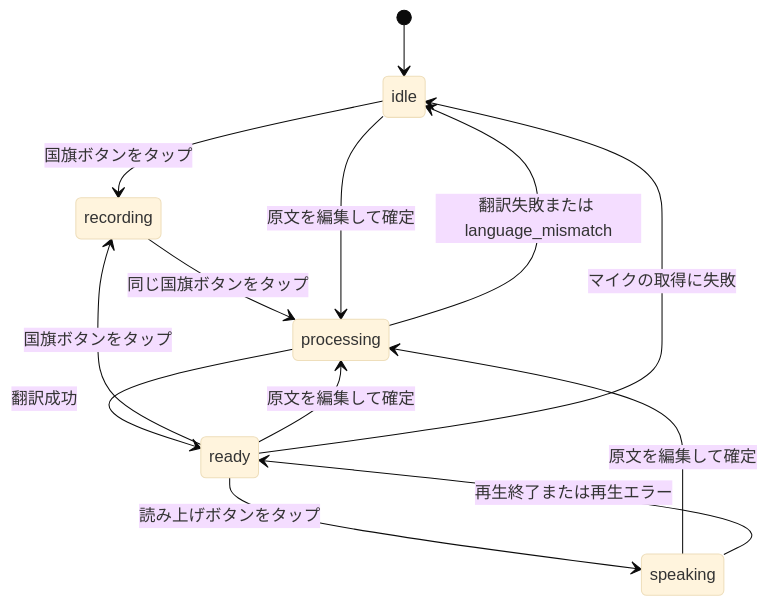
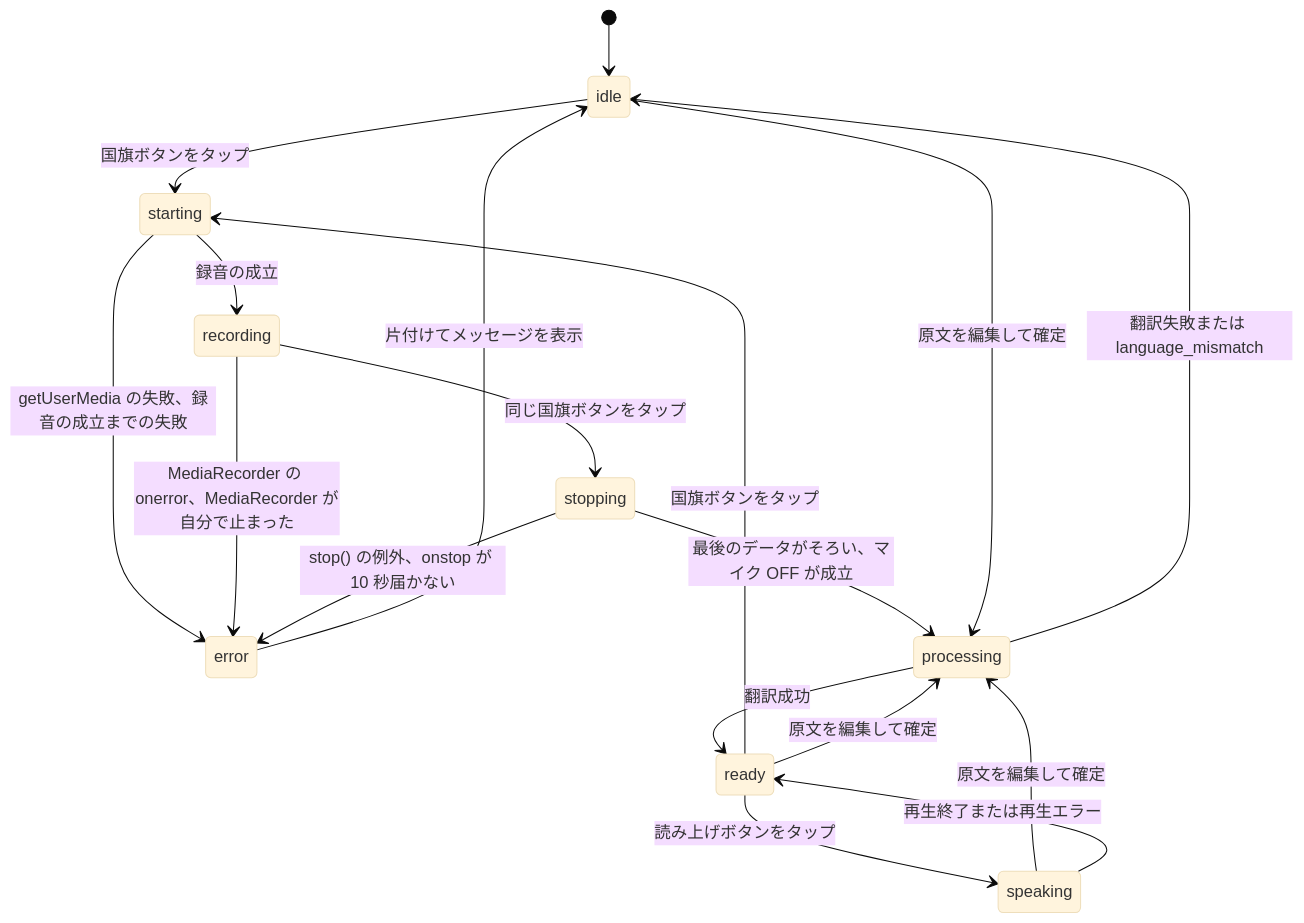
The second of 2 diagrams in docs/speech-flow.md (shin-arita/gotalk), drawn with Mermaid (base theme) before and after one commit. The commit also changed other lines of this file and 12 other files, not shown here.

````diff
--- a/docs/speech-flow.md
+++ b/docs/speech-flow.md
@@ -111,15 +122,20 @@
 ```mermaid
 stateDiagram-v2
   [*] --> idle
-  idle --> recording: 国旗ボタンをタップ
-  ready --> recording: 国旗ボタンをタップ
-  recording --> processing: 同じ国旗ボタンをタップ
+  idle --> starting: 国旗ボタンをタップ
+  ready --> starting: 国旗ボタンをタップ
+  starting --> recording: 録音の成立
+  starting --> error: getUserMedia の失敗、録音の成立までの失敗
+  recording --> stopping: 同じ国旗ボタンをタップ
+  recording --> error: MediaRecorder の onerror、MediaRecorder が自分で止まった
+  stopping --> error: stop() の例外、onstop が 10 秒届かない
+  stopping --> processing: 最後のデータがそろい、マイク OFF が成立
+  error --> idle: 片付けてメッセージを表示
   processing --> ready: 翻訳成功
   processing --> idle: 翻訳失敗または language_mismatch
   ready --> processing: 原文を編集して確定
   idle --> processing: 原文を編集して確定
   speaking --> processing: 原文を編集して確定
-  ready --> idle: マイクの取得に失敗
   ready --> speaking: 読み上げボタンをタップ
   speaking --> ready: 再生終了または再生エラー
 ```
````
